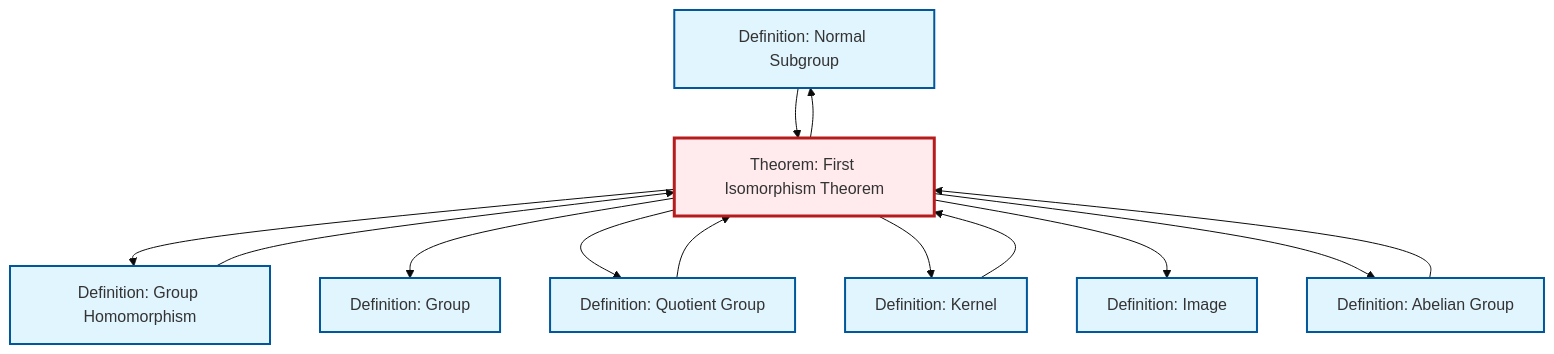
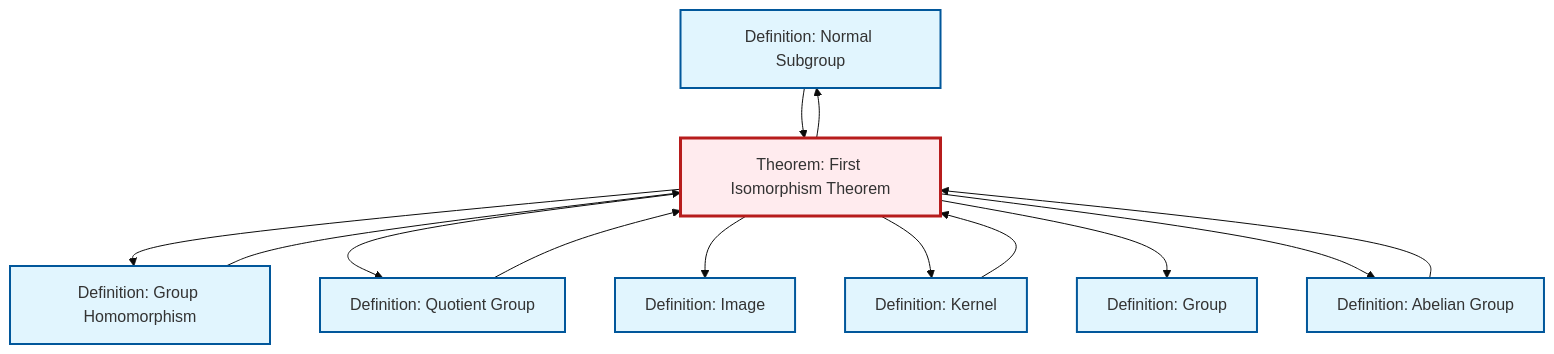
The diagram in content/en/algebra/thm-first-isomorphism.qmd (RK0429/ModernMath), drawn with Mermaid (base theme) before and after one commit. The commit also changed other lines of this file and 497 other files, not shown here.

````diff
--- a/content/en/algebra/thm-first-isomorphism.qmd
+++ b/content/en/algebra/thm-first-isomorphism.qmd
@@ -100,37 +100,37 @@
 ```{mermaid}
 %%| fig-cap: "Local dependency graph"
 graph TD
     classDef definition fill:#e1f5fe,stroke:#01579b,stroke-width:2px
     classDef theorem fill:#f3e5f5,stroke:#4a148c,stroke-width:2px
     classDef axiom fill:#fff3e0,stroke:#e65100,stroke-width:2px
     classDef example fill:#e8f5e9,stroke:#1b5e20,stroke-width:2px
     classDef current fill:#ffebee,stroke:#b71c1c,stroke-width:3px
     def-normal-subgroup["Definition: Normal Subgroup"]:::definition
-    def-quotient-group["Definition: Quotient Group"]:::definition
-    def-abelian-group["Definition: Abelian Group"]:::definition
-    def-homomorphism["Definition: Group Homomorphism"]:::definition
     thm-first-isomorphism["Theorem: First Isomorphism Theorem"]:::theorem
     def-kernel["Definition: Kernel"]:::definition
+    def-homomorphism["Definition: Group Homomorphism"]:::definition
+    def-quotient-group["Definition: Quotient Group"]:::definition
     def-image["Definition: Image"]:::definition
     def-group["Definition: Group"]:::definition
-    thm-first-isomorphism --> def-homomorphism
-    thm-first-isomorphism --> def-group
-    def-homomorphism --> thm-first-isomorphism
-    def-quotient-group --> thm-first-isomorphism
+    def-abelian-group["Definition: Abelian Group"]:::definition
     def-normal-subgroup --> thm-first-isomorphism
     def-abelian-group --> thm-first-isomorphism
+    thm-first-isomorphism --> def-homomorphism
+    thm-first-isomorphism --> def-normal-subgroup
     thm-first-isomorphism --> def-quotient-group
+    def-homomorphism --> thm-first-isomorphism
+    thm-first-isomorphism --> def-image
+    thm-first-isomorphism --> def-kernel
+    thm-first-isomorphism --> def-group
+    def-quotient-group --> thm-first-isomorphism
     def-kernel --> thm-first-isomorphism
-    thm-first-isomorphism --> def-kernel
-    thm-first-isomorphism --> def-normal-subgroup
-    thm-first-isomorphism --> def-image
     thm-first-isomorphism --> def-abelian-group
     class thm-first-isomorphism current
     click def-normal-subgroup "def-normal-subgroup.html" "Go to Normal Subgroup definition"
+    click def-kernel "def-kernel.html" "Go to Kernel definition"
+    click def-homomorphism "def-homomorphism.html" "Go to Group Homomorphism definition"
     click def-quotient-group "def-quotient-group.html" "Go to Quotient Group definition"
-    click def-abelian-group "def-abelian-group.html" "Go to Abelian Group definition"
-    click def-homomorphism "def-homomorphism.html" "Go to Group Homomorphism definition"
-    click def-kernel "def-kernel.html" "Go to Kernel definition"
     click def-image "def-image.html" "Go to Image definition"
     click def-group "def-group.html" "Go to Group definition"
+    click def-abelian-group "def-abelian-group.html" "Go to Abelian Group definition"
 ```
````
